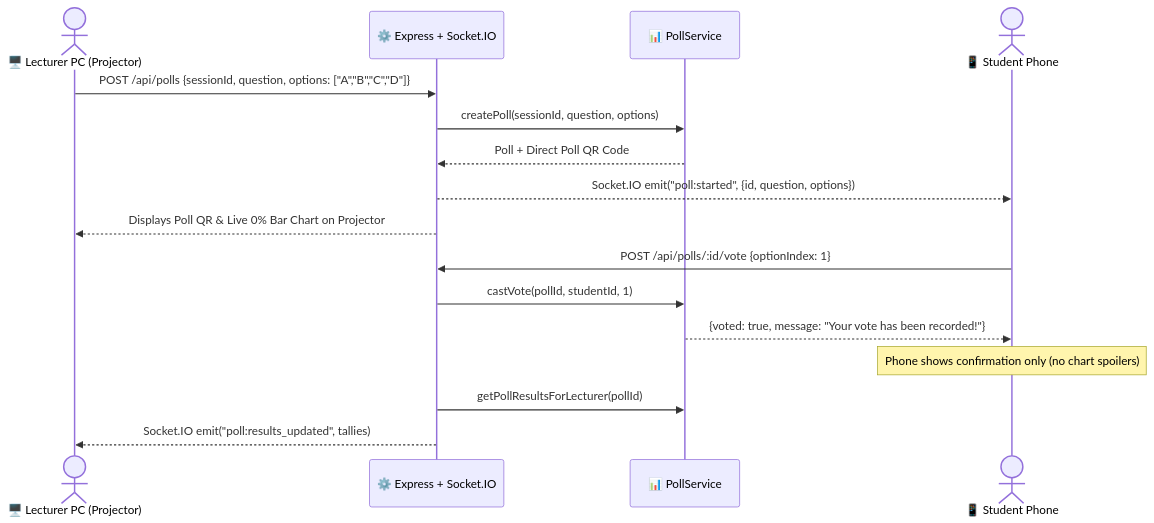
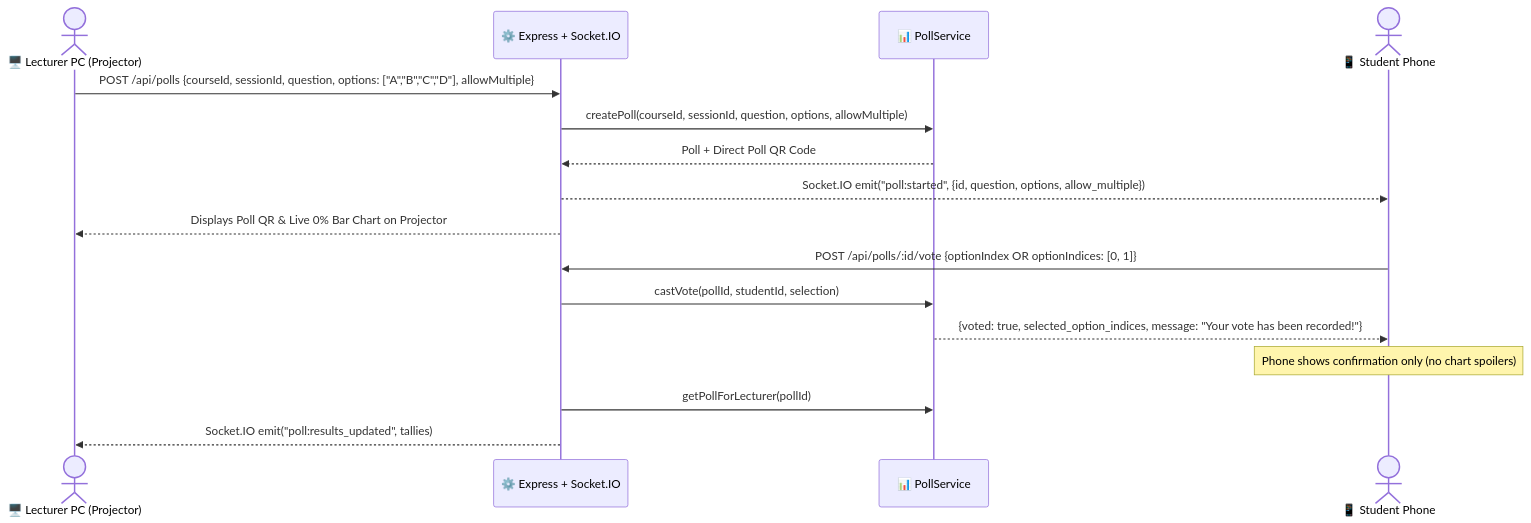
One commit to amiramAs/I2SE_Exe2 changed the fourth of 6 diagrams in docs/06_Class_and_Sequence_Diagrams.md. Above: the diagram before and after it, drawn with Mermaid. The commit also changed other lines of this file and 17 other files, not shown here.

````diff
--- a/docs/06_Class_and_Sequence_Diagrams.md
+++ b/docs/06_Class_and_Sequence_Diagrams.md
@@ -164,20 +191,20 @@
 ```mermaid
 sequenceDiagram
     actor LecturerPC as 🖥️ Lecturer PC (Projector)
     participant Server as ⚙️ Express + Socket.IO
     participant PollSvc as 📊 PollService
     actor Student as 📱 Student Phone
 
-    LecturerPC->>Server: POST /api/polls {sessionId, question, options: ["A","B","C","D"]}
-    Server->>PollSvc: createPoll(sessionId, question, options)
+    LecturerPC->>Server: POST /api/polls {courseId, sessionId, question, options: ["A","B","C","D"], allowMultiple}
+    Server->>PollSvc: createPoll(courseId, sessionId, question, options, allowMultiple)
     PollSvc-->>Server: Poll + Direct Poll QR Code
-    Server-->>Student: Socket.IO emit("poll:started", {id, question, options})
+    Server-->>Student: Socket.IO emit("poll:started", {id, question, options, allow_multiple})
     Server-->>LecturerPC: Displays Poll QR & Live 0% Bar Chart on Projector
 
-    Student->>Server: POST /api/polls/:id/vote {optionIndex: 1}
-    Server->>PollSvc: castVote(pollId, studentId, 1)
-    PollSvc-->>Student: {voted: true, message: "Your vote has been recorded!"}
+    Student->>Server: POST /api/polls/:id/vote {optionIndex OR optionIndices: [0, 1]}
+    Server->>PollSvc: castVote(pollId, studentId, selection)
+    PollSvc-->>Student: {voted: true, selected_option_indices, message: "Your vote has been recorded!"}
     Note over Student: Phone shows confirmation only (no chart spoilers)
-    Server->>PollSvc: getPollResultsForLecturer(pollId)
+    Server->>PollSvc: getPollForLecturer(pollId)
     Server-->>LecturerPC: Socket.IO emit("poll:results_updated", tallies)
 ```
````
